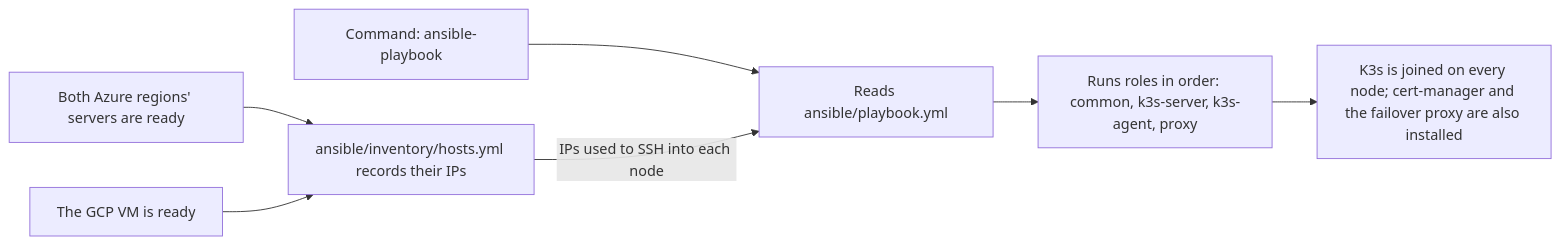
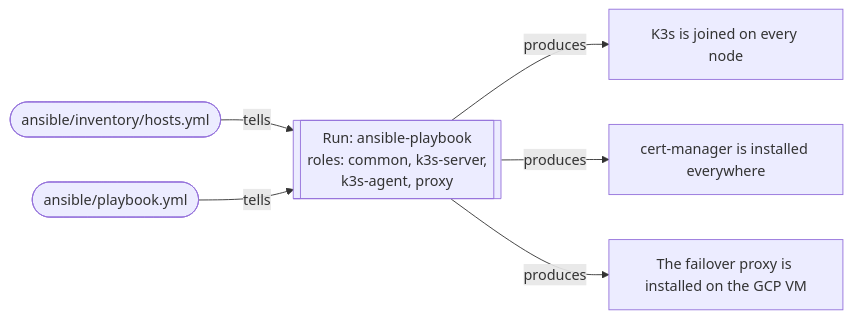
Before and after one commit to Dennis4507/cloud-native-ha-platform: the third of 5 diagrams in README.md, drawn with Mermaid. The commit also changed other lines of this file, not shown here.

````diff
--- a/README.md
+++ b/README.md
@@ -74,9 +72,8 @@
 ```mermaid
 flowchart LR
-    IN1["Both Azure regions' servers are ready"] --> A1["ansible/inventory/hosts.yml records their IPs"]
-    IN2["The GCP VM is ready"] --> A1
-    CMD3["Command: ansible-playbook"] --> A2["Reads ansible/playbook.yml"]
-    A1 -->|IPs used to SSH into each node| A2
-    A2 --> A3["Runs roles in order: common, k3s-server, k3s-agent, proxy"]
-    A3 --> OUT3["K3s is joined on every node; cert-manager and the failover proxy are also installed"]
+    HOSTS(["ansible/inventory/hosts.yml"]) -->|tells| CMD3[["Run: ansible-playbook<br/>roles: common, k3s-server,<br/>k3s-agent, proxy"]]
+    PLAY(["ansible/playbook.yml"]) -->|tells| CMD3
+    CMD3 -->|produces| OUT3A["K3s is joined on every node"]
+    CMD3 -->|produces| OUT3B["cert-manager is installed everywhere"]
+    CMD3 -->|produces| OUT3C["The failover proxy is installed on the GCP VM"]
 ```
````
